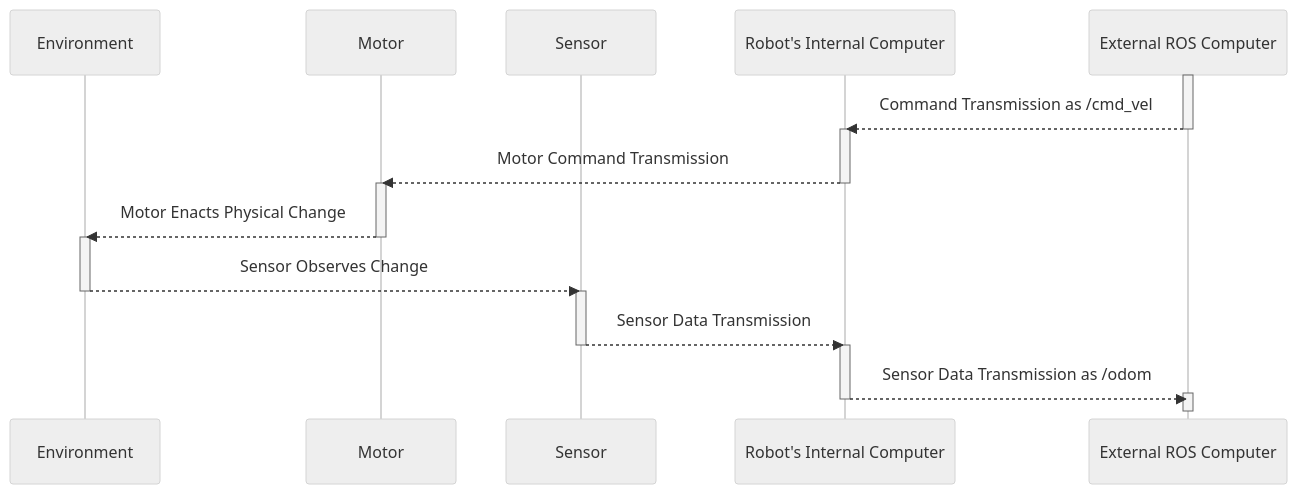
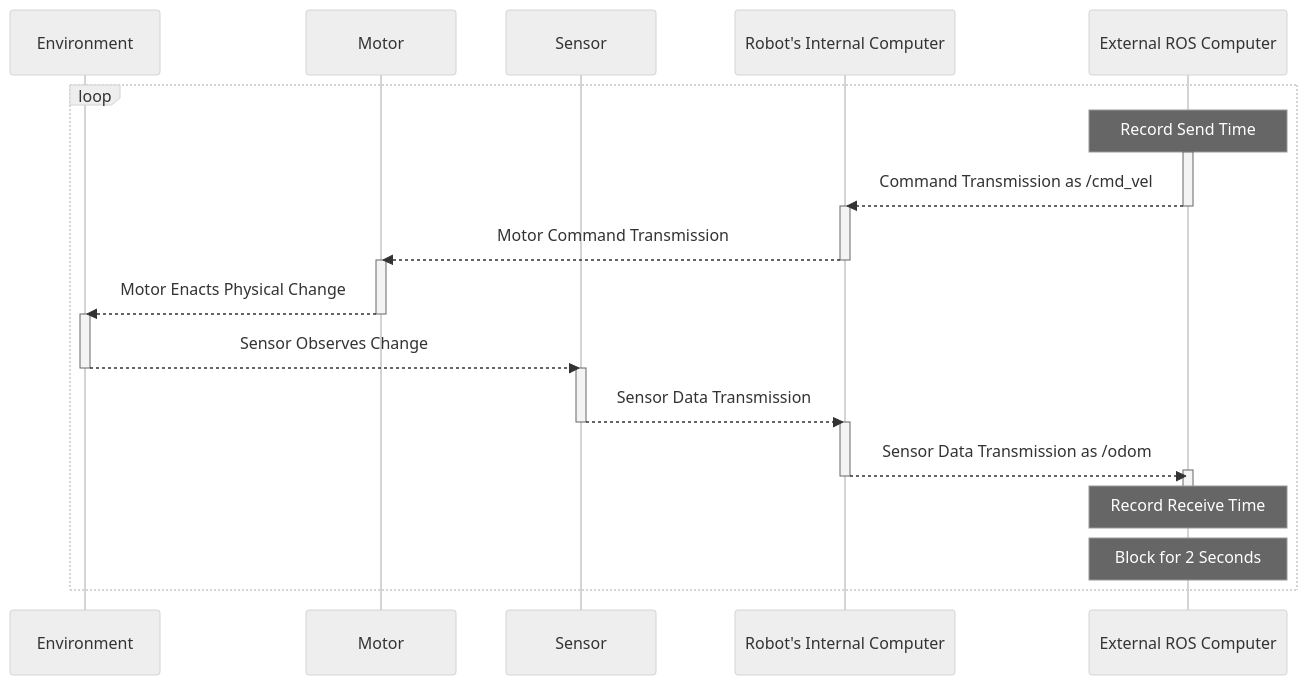
One commit to MShields1986/topic_latency_test changed the second of 2 diagrams in README.md. Above: the diagram before and after it, drawn with Mermaid (neutral theme).

````diff
--- a/README.md
+++ b/README.md
@@ -67,29 +67,34 @@
 ```mermaid
 sequenceDiagram
     participant scene as Environment
     participant mot as Motor
     participant sen as Sensor
     participant rob as Robot's Internal Computer
     participant ext as External ROS Computer
 
-    activate ext
-    ext-->>rob: Command Transmission as /cmd_vel
-    deactivate ext
-    activate rob
-    rob-->>mot: Motor Command Transmission
-    deactivate rob
-    activate mot
-    mot-->>scene: Motor Enacts Physical Change
-    deactivate mot
-    activate scene
-    scene-->>sen: Sensor Observes Change
-    deactivate scene
-    activate sen
-    sen-->>rob: Sensor Data Transmission
-    deactivate sen
-    activate rob
-    rob-->>ext: Sensor Data Transmission as /odom
-    deactivate rob
-    activate ext
-    deactivate ext
+    loop
+        Note over ext: Record Send Time
+        activate ext
+        ext-->>rob: Command Transmission as /cmd_vel
+        deactivate ext
+        activate rob
+        rob-->>mot: Motor Command Transmission
+        deactivate rob
+        activate mot
+        mot-->>scene: Motor Enacts Physical Change
+        deactivate mot
+        activate scene
+        scene-->>sen: Sensor Observes Change
+        deactivate scene
+        activate sen
+        sen-->>rob: Sensor Data Transmission
+        deactivate sen
+        activate rob
+        rob-->>ext: Sensor Data Transmission as /odom
+        deactivate rob
+        activate ext
+        deactivate ext
+        Note over ext: Record Receive Time
+        Note over ext: Block for 2 Seconds
+    end
 ```
````
